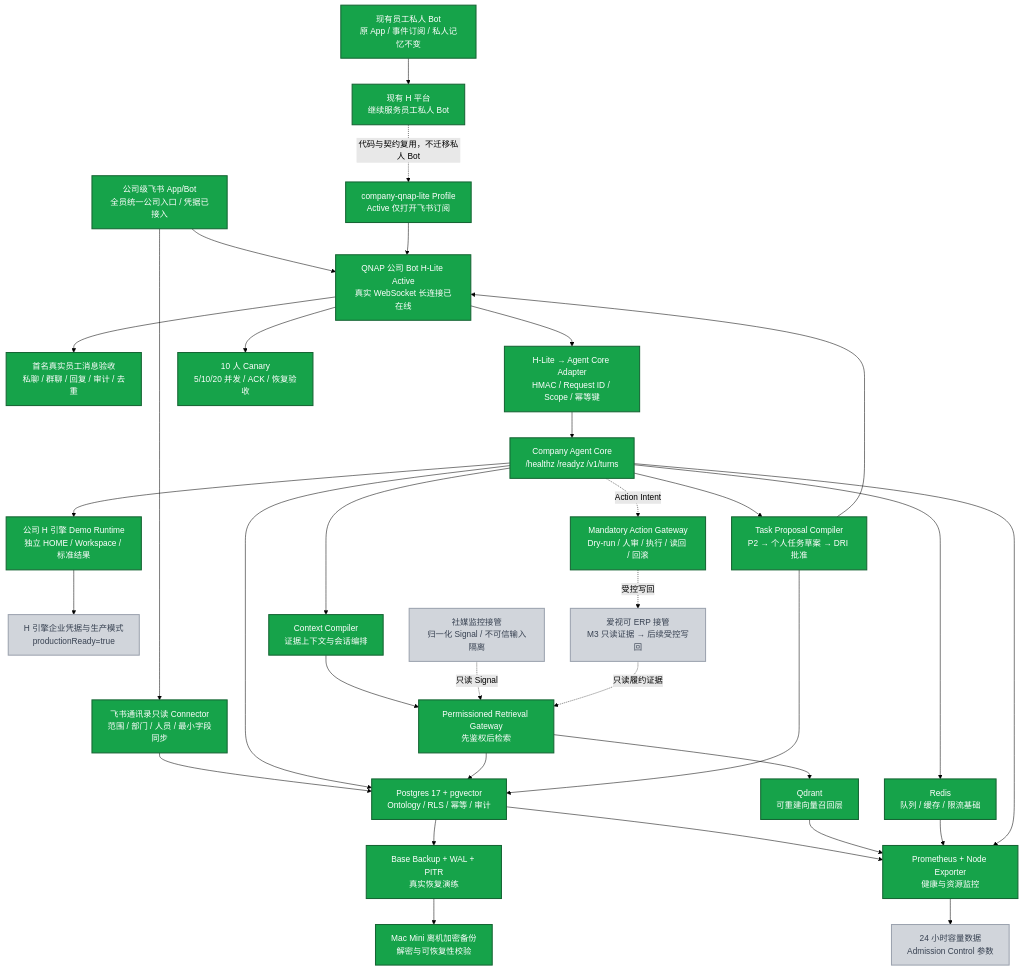
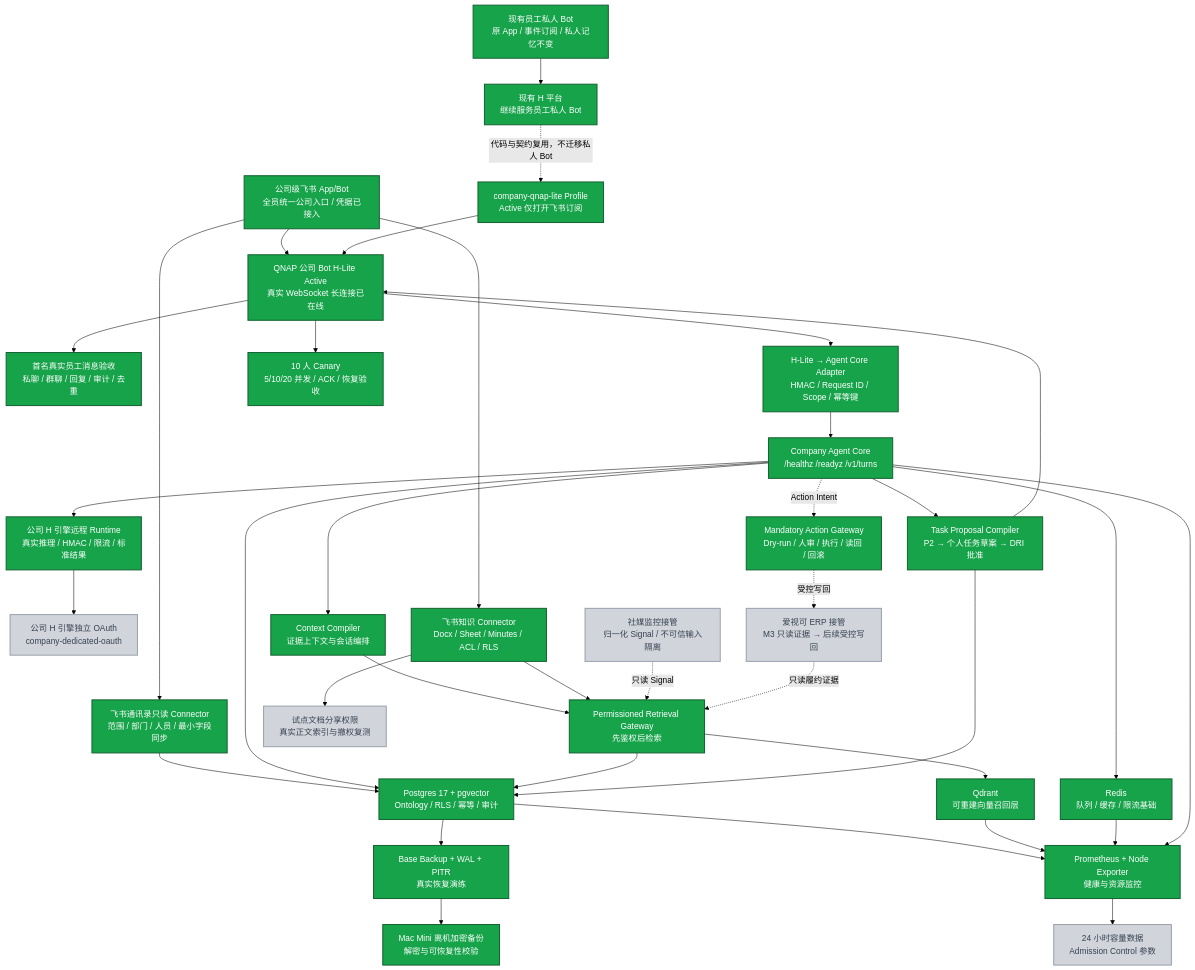
The diagram in 2-Projects/company-ai-ontology/docs/technical-architecture-progress-2026-08-07.md (Hahaxiong838383/oh-my-ccwork), drawn with Mermaid (forest theme) before and after one commit. The commit also changed other lines of this file and 30 other files, not shown here.

Commit message:
feat(ontology): add H runtime and knowledge connector

````diff
--- a/2-Projects/company-ai-ontology/docs/technical-architecture-progress-2026-08-07.md
+++ b/2-Projects/company-ai-ontology/docs/technical-architecture-progress-2026-08-07.md
@@ -10,64 +10,68 @@
 ```mermaid
 flowchart TB
   PRIVATE["现有员工私人 Bot<br/>原 App / 事件订阅 / 私人记忆不变"]:::done
   H_EXISTING["现有 H 平台<br/>继续服务员工私人 Bot"]:::done
   FEISHU["公司级飞书 App/Bot<br/>全员统一公司入口 / 凭据已接入"]:::done
   H_PROFILE["company-qnap-lite Profile<br/>Active 仅打开飞书订阅"]:::done
   H_PROCESS["QNAP 公司 Bot H-Lite Active<br/>真实 WebSocket 长连接已在线"]:::done
   REAL_E2E["首名真实员工消息验收<br/>私聊 / 群聊 / 回复 / 审计 / 去重"]:::done
   DIRECTORY["飞书通讯录只读 Connector<br/>范围 / 部门 / 人员 / 最小字段同步"]:::done
   ADAPTER["H-Lite → Agent Core Adapter<br/>HMAC / Request ID / Scope / 幂等键"]:::done
 
   CORE["Company Agent Core<br/>/healthz /readyz /v1/turns"]:::done
-  H_ENGINE["公司 H 引擎 Demo Runtime<br/>独立 HOME / Workspace / 标准结果"]:::done
-  H_CREDENTIAL["H 引擎企业凭据与生产模式<br/>productionReady=true"]:::todo
+  H_ENGINE["公司 H 引擎远程 Runtime<br/>真实推理 / HMAC / 限流 / 标准结果"]:::done
+  H_CREDENTIAL["公司 H 引擎独立 OAuth<br/>company-dedicated-oauth"]:::todo
   CONTEXT["Context Compiler<br/>证据上下文与会话编排"]:::done
   RETRIEVAL["Permissioned Retrieval Gateway<br/>先鉴权后检索"]:::done
+  KNOWLEDGE["飞书知识 Connector<br/>Docx / Sheet / Minutes / ACL / RLS"]:::done
+  KNOWLEDGE_ACCESS["试点文档分享权限<br/>真实正文索引与撤权复测"]:::todo
   TASK["Task Proposal Compiler<br/>P2 → 个人任务草案 → DRI 批准"]:::done
 
   PG["Postgres 17 + pgvector<br/>Ontology / RLS / 幂等 / 审计"]:::done
   QDRANT["Qdrant<br/>可重建向量召回层"]:::done
   REDIS["Redis<br/>队列 / 缓存 / 限流基础"]:::done
   OBS["Prometheus + Node Exporter<br/>健康与资源监控"]:::done
   BACKUP["Base Backup + WAL + PITR<br/>真实恢复演练"]:::done
 
   ACTION["Mandatory Action Gateway<br/>Dry-run / 人审 / 执行 / 读回 / 回滚"]:::done
   ERP["爱视可 ERP 接管<br/>M3 只读证据 → 后续受控写回"]:::todo
   SOCIAL["社媒监控接管<br/>归一化 Signal / 不可信输入隔离"]:::todo
   CANARY["10 人 Canary<br/>5/10/20 并发 / ACK / 恢复验收"]:::done
   OFFSITE["Mac Mini 离机加密备份<br/>解密与可恢复性校验"]:::done
   CAPACITY["24 小时容量数据<br/>Admission Control 参数"]:::todo
 
   PRIVATE --> H_EXISTING
   H_EXISTING -. "代码与契约复用，不迁移私人 Bot" .-> H_PROFILE
   FEISHU --> H_PROCESS
   FEISHU --> DIRECTORY --> PG
   H_PROCESS --> REAL_E2E
   H_PROFILE --> H_PROCESS
   H_PROCESS --> ADAPTER --> CORE
   CORE --> H_ENGINE
   H_ENGINE --> H_CREDENTIAL
   CORE --> CONTEXT --> RETRIEVAL
+  FEISHU --> KNOWLEDGE --> RETRIEVAL
+  KNOWLEDGE --> KNOWLEDGE_ACCESS
   CORE --> TASK
   CORE --> PG
   RETRIEVAL --> PG
   RETRIEVAL --> QDRANT
   CORE --> REDIS
   TASK --> PG
   TASK --> H_PROCESS
   CORE -. "Action Intent" .-> ACTION
   ACTION -. "受控写回" .-> ERP
   SOCIAL -. "只读 Signal" .-> RETRIEVAL
   ERP -. "只读履约证据" .-> RETRIEVAL
   PG --> BACKUP
   PG --> OBS
   QDRANT --> OBS
   REDIS --> OBS
   CORE --> OBS
   H_PROCESS --> CANARY
   BACKUP --> OFFSITE
   OBS --> CAPACITY
 
   classDef done fill:#16a34a,color:#ffffff,stroke:#166534,stroke-width:2px;
   classDef todo fill:#d1d5db,color:#374151,stroke:#9ca3af,stroke-width:2px;
 ```
````
